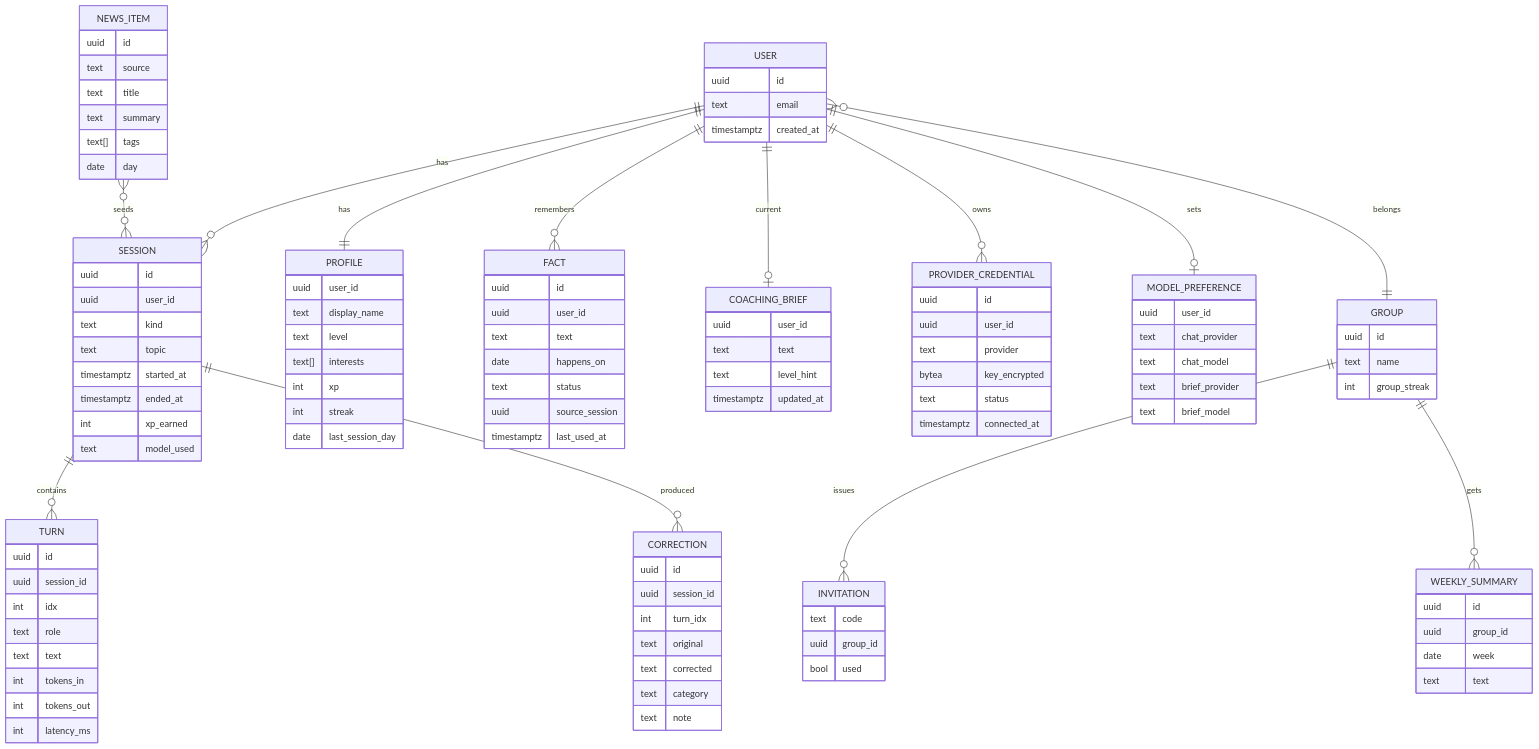
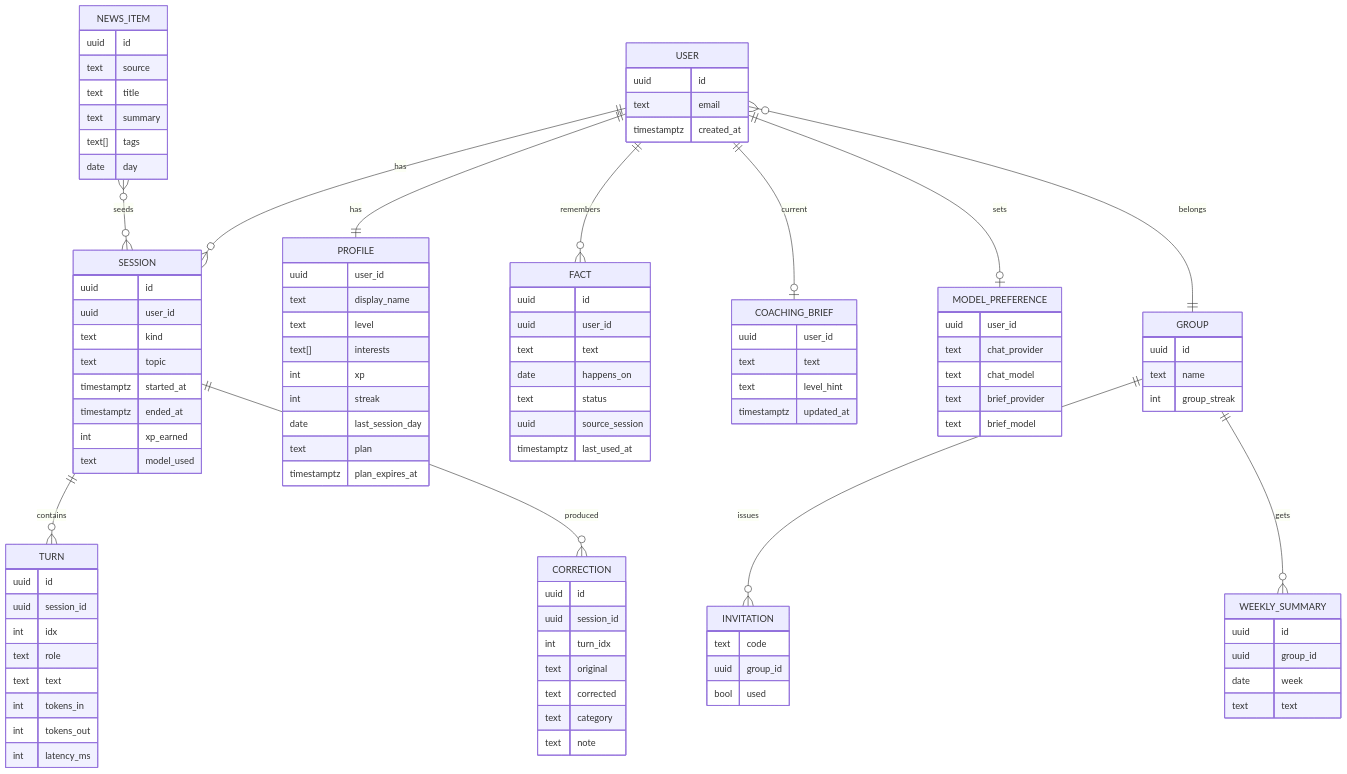
One commit to hectorcanaimero/fluent changed the third of 3 diagrams in docs/PRD.md. Above: the diagram before and after it, drawn with Mermaid. The commit also changed other lines of this file and 7 other files, not shown here.

````diff
--- a/docs/PRD.md
+++ b/docs/PRD.md
@@ -240,29 +239,27 @@
 ```mermaid
 erDiagram
     USER ||--o{ SESSION : has
     USER ||--|| PROFILE : has
     USER ||--o{ FACT : remembers
     USER ||--o| COACHING_BRIEF : current
-    USER ||--o{ PROVIDER_CREDENTIAL : owns
     USER ||--o| MODEL_PREFERENCE : sets
     USER }o--|| GROUP : belongs
     SESSION ||--o{ TURN : contains
     SESSION ||--o{ CORRECTION : produced
     GROUP ||--o{ INVITATION : issues
     GROUP ||--o{ WEEKLY_SUMMARY : gets
     NEWS_ITEM }o--o{ SESSION : seeds
 
     USER { uuid id  text email  timestamptz created_at }
-    PROFILE { uuid user_id  text display_name  text level  text[] interests  int xp  int streak  date last_session_day }
-    PROVIDER_CREDENTIAL { uuid id  uuid user_id  text provider  bytea key_encrypted  text status  timestamptz connected_at }
+    PROFILE { uuid user_id  text display_name  text level  text[] interests  int xp  int streak  date last_session_day  text plan  timestamptz plan_expires_at }
     MODEL_PREFERENCE { uuid user_id  text chat_provider  text chat_model  text brief_provider  text brief_model }
     SESSION { uuid id  uuid user_id  text kind  text topic  timestamptz started_at  timestamptz ended_at  int xp_earned  text model_used }
     TURN { uuid id  uuid session_id  int idx  text role  text text  int tokens_in  int tokens_out  int latency_ms }
     CORRECTION { uuid id  uuid session_id  int turn_idx  text original  text corrected  text category  text note }
     FACT { uuid id  uuid user_id  text text  date happens_on  text status  uuid source_session  timestamptz last_used_at }
     COACHING_BRIEF { uuid user_id  text text  text level_hint  timestamptz updated_at }
     GROUP { uuid id  text name  int group_streak }
     INVITATION { text code  uuid group_id  bool used }
     NEWS_ITEM { uuid id  text source  text title  text summary  text[] tags  date day }
     WEEKLY_SUMMARY { uuid id  uuid group_id  date week  text text }
 ```
````
